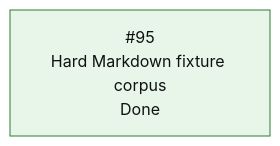
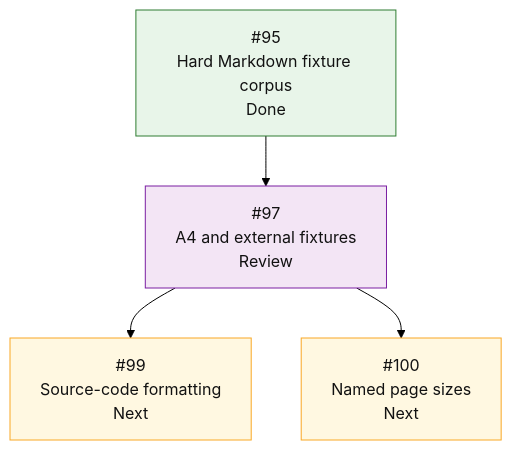
One commit to mihaelamj/MarkdownPDF changed the fifth of 5 diagrams in README.md. Above: the diagram before and after it, drawn with Mermaid (forest theme). The commit also changed other lines of this file and 401 other files, not shown here.

````diff
--- a/README.md
+++ b/README.md
@@ -396,11 +411,21 @@
 ```mermaid
 flowchart TD
     H0["#95<br/>Hard Markdown fixture corpus<br/>Done"]
+    H1["#97<br/>A4 and external fixtures<br/>Review"]
+    H2["#99<br/>Source-code formatting<br/>Next"]
+    H3["#100<br/>Named page sizes<br/>Next"]
+
+    H0 --> H1
+    H1 --> H2
+    H1 --> H3
 
     classDef done fill:#e8f5e9,stroke:#2e7d32,color:#111;
     classDef active fill:#e3f2fd,stroke:#1565c0,color:#111;
     classDef review fill:#f3e5f5,stroke:#7b1fa2,color:#111;
     classDef next fill:#fff8e1,stroke:#f9a825,color:#111;
     classDef todo fill:#eef3ff,stroke:#3367d6,color:#111;
     class H0 done;
+    class H1 review;
+    class H2 next;
+    class H3 next;
 ```
````
